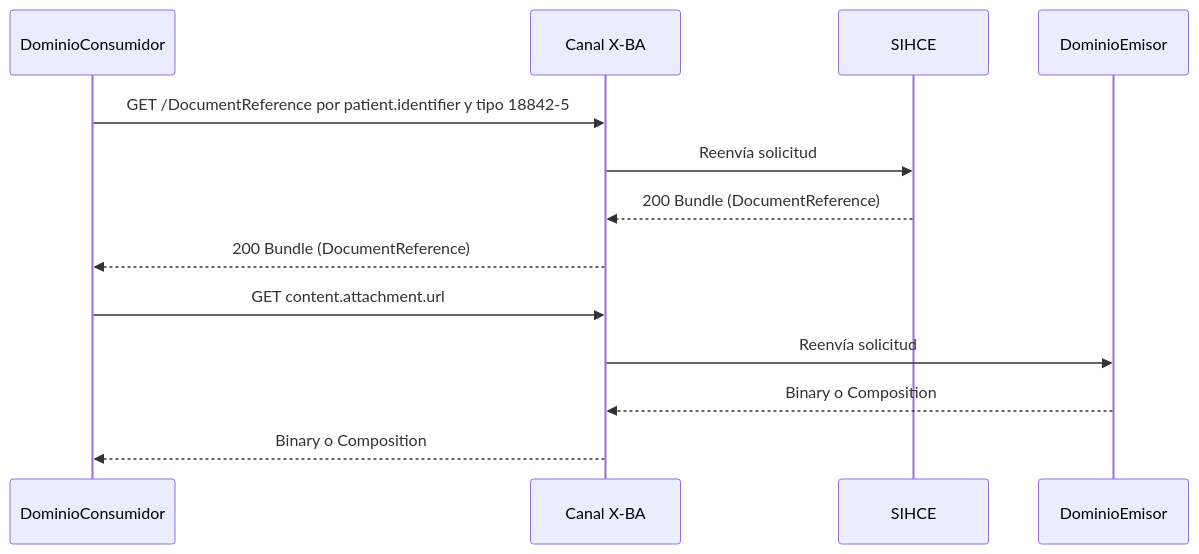
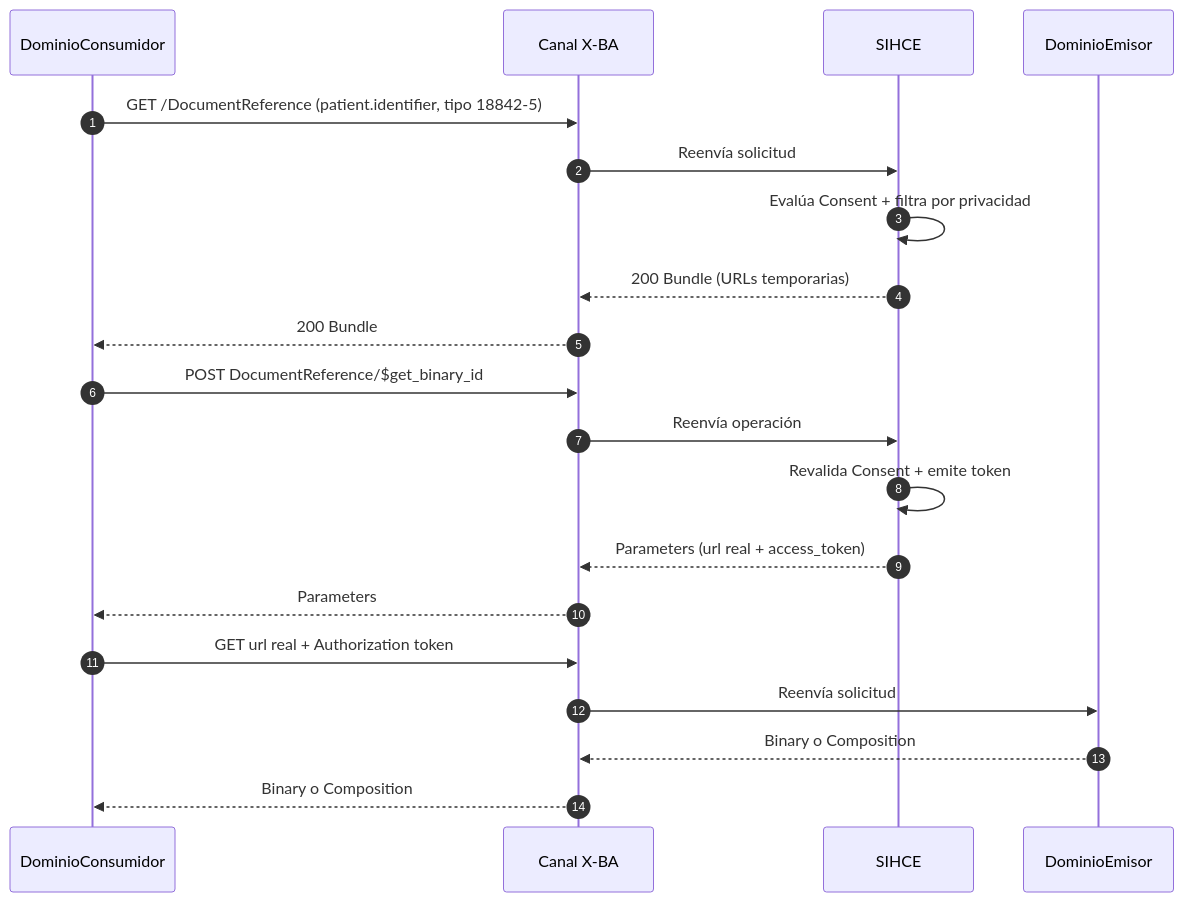
One commit to HL7-AR/sihce-ig changed the eighth of 10 diagrams in input/pagecontent/CasosDeUso.md. Above: the diagram before and after it, drawn with Mermaid. The commit also changed other lines of this file and 55 other files, not shown here.

````diff
--- a/input/pagecontent/CasosDeUso.md
+++ b/input/pagecontent/CasosDeUso.md
@@ -114,15 +144,22 @@
 ```mermaid
 sequenceDiagram
+  autonumber
   participant C as DominioConsumidor
   participant X as Canal X-BA
   participant S as SIHCE
   participant E as DominioEmisor
-  C->>X: GET /DocumentReference por patient.identifier y tipo 18842-5
+  C->>X: GET /DocumentReference (patient.identifier, tipo 18842-5)
   X->>S: Reenvía solicitud
-  S-->>X: 200 Bundle (DocumentReference)
-  X-->>C: 200 Bundle (DocumentReference)
-  C->>X: GET content.attachment.url
+  S->>S: Evalúa Consent + filtra por privacidad
+  S-->>X: 200 Bundle (URLs temporarias)
+  X-->>C: 200 Bundle
+  C->>X: POST DocumentReference/$get_binary_id
+  X->>S: Reenvía operación
+  S->>S: Revalida Consent + emite token
+  S-->>X: Parameters (url real + access_token)
+  X-->>C: Parameters
+  C->>X: GET url real + Authorization token
   X->>E: Reenvía solicitud
   E-->>X: Binary o Composition
   X-->>C: Binary o Composition
 ```
````
